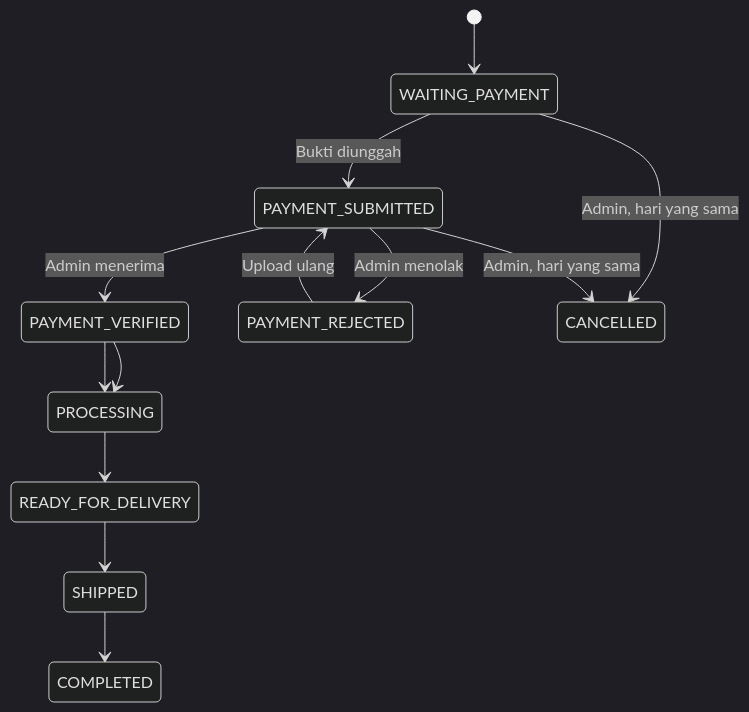
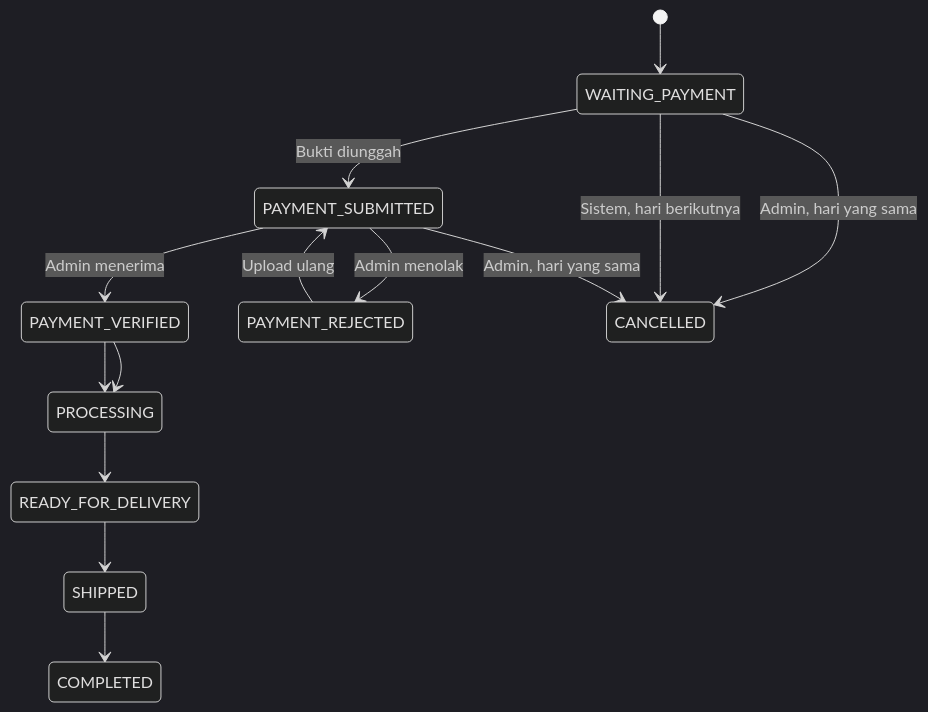
Before and after one commit to Webekspres/pixel-komunika: the second of 2 diagrams in docs/requirements/FRD.md, drawn with Mermaid (dark theme). The commit also changed other lines of this file and 3 other files, not shown here.

````diff
--- a/docs/requirements/FRD.md
+++ b/docs/requirements/FRD.md
@@ -250,15 +252,16 @@
 ```mermaid
 stateDiagram-v2
     [*] --> WAITING_PAYMENT
     WAITING_PAYMENT --> PAYMENT_SUBMITTED: Bukti diunggah
     PAYMENT_SUBMITTED --> PAYMENT_VERIFIED: Admin menerima
     PAYMENT_SUBMITTED --> PAYMENT_REJECTED: Admin menolak
     PAYMENT_REJECTED --> PAYMENT_SUBMITTED: Upload ulang
     PAYMENT_VERIFIED --> PROCESSING
     PROCESSING --> READY_FOR_DELIVERY
     READY_FOR_DELIVERY --> SHIPPED
     SHIPPED --> COMPLETED
     WAITING_PAYMENT --> CANCELLED: Admin, hari yang sama
+    WAITING_PAYMENT --> CANCELLED: Sistem, hari berikutnya
     PAYMENT_SUBMITTED --> CANCELLED: Admin, hari yang sama
     PAYMENT_VERIFIED --> PROCESSING
 ```
````
